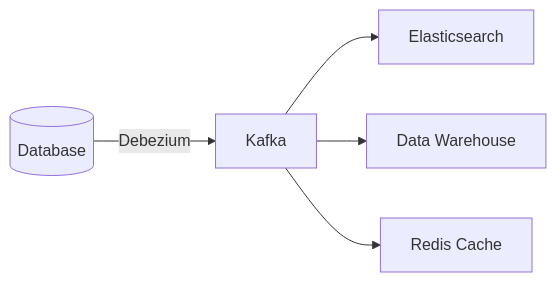
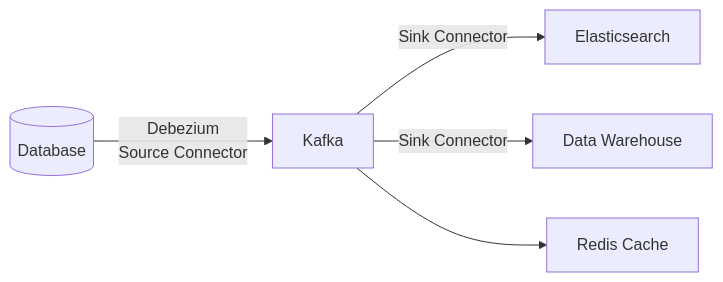
One commit to chihhung/Blog changed diagram 18 of 29 in content/posts/教學/工具/Kafka教學手冊.md. Above: the diagram before and after it, drawn with Mermaid. The commit also changed other lines of this file and 10 other files, not shown here.

````diff
--- a/content/posts/教學/工具/Kafka教學手冊.md
+++ b/content/posts/教學/工具/Kafka教學手冊.md
@@ -1598,7 +3004,7 @@
 ```mermaid
 flowchart LR
-    DB[(Database)] -->|Debezium| KAFKA[Kafka]
-    KAFKA --> ES[Elasticsearch]
-    KAFKA --> DW[Data Warehouse]
+    DB[(Database)] -->|Debezium<br/>Source Connector| KAFKA[Kafka]
+    KAFKA -->|Sink Connector| ES[Elasticsearch]
+    KAFKA -->|Sink Connector| DW[Data Warehouse]
     KAFKA --> CACHE[Redis Cache]
 ```
````
